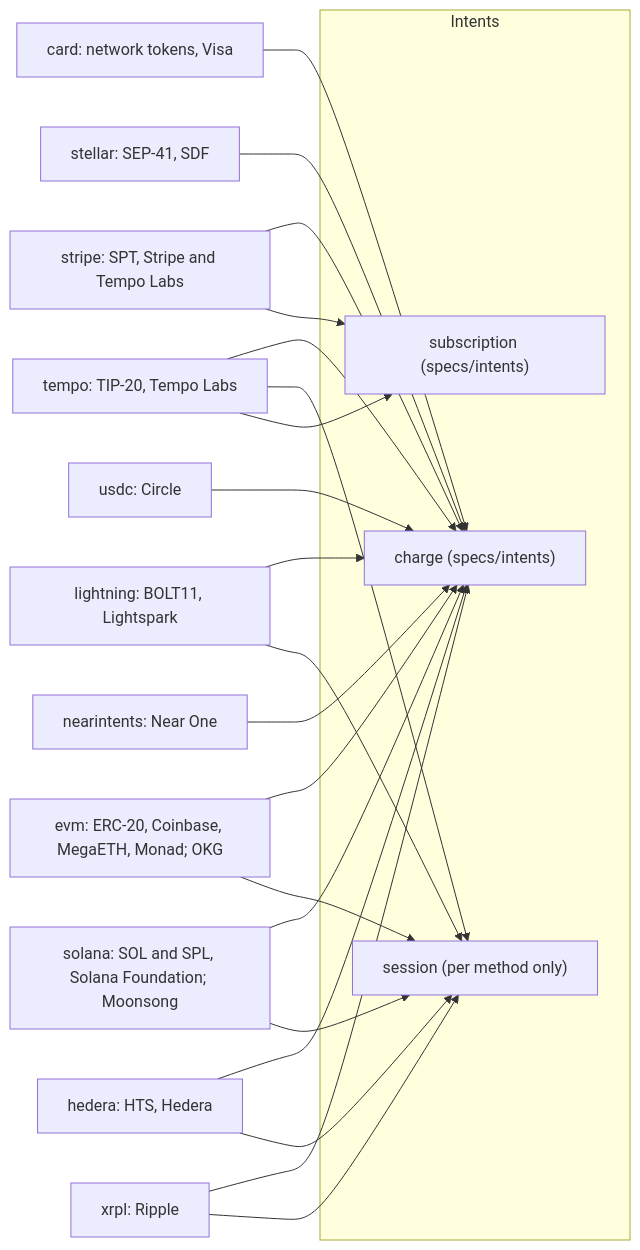
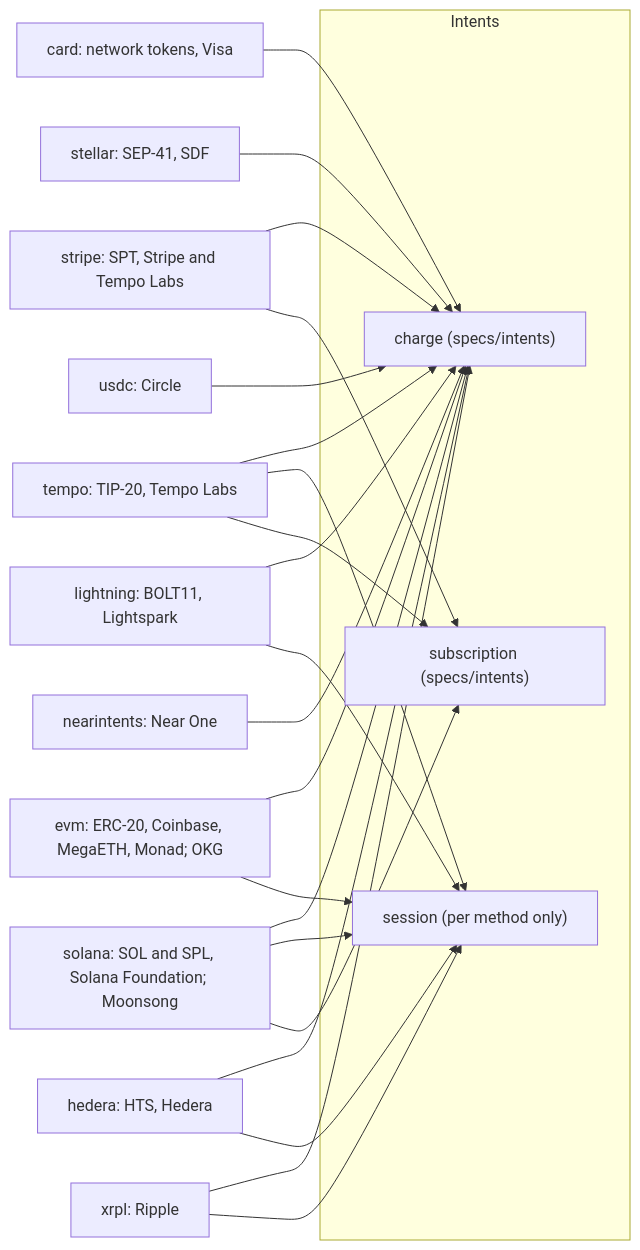
The diagram in src/content/diagrams/stripe-mpp-methods-map.mmd (mercesAI/agentic-rails-atlas), drawn with Mermaid before and after one commit. The commit also changed 314 other files, not shown here.

```diff
--- a/src/content/diagrams/stripe-mpp-methods-map.mmd
+++ b/src/content/diagrams/stripe-mpp-methods-map.mmd
@@ -1,36 +1,37 @@
 flowchart LR
   subgraph IN["Intents"]
     CH["charge (specs/intents)"]
     SU["subscription (specs/intents)"]
     SE["session (per method only)"]
   end
   TE["tempo: TIP-20, Tempo Labs"]
   STR["stripe: SPT, Stripe and Tempo Labs"]
   CA["card: network tokens, Visa"]
   LI["lightning: BOLT11, Lightspark"]
   EV["evm: ERC-20, Coinbase, MegaETH, Monad; OKG"]
   SO["solana: SOL and SPL, Solana Foundation; Moonsong"]
   STE["stellar: SEP-41, SDF"]
   HE["hedera: HTS, Hedera"]
   US["usdc: Circle"]
   NE["nearintents: Near One"]
   XR["xrpl: Ripple"]
   TE --> CH
   TE --> SE
   TE --> SU
   STR --> CH
   STR --> SU
   CA --> CH
   LI --> CH
   LI --> SE
   EV --> CH
   EV --> SE
   SO --> CH
   SO --> SE
+  SO --> SU
   STE --> CH
   HE --> CH
   HE --> SE
   US --> CH
   NE --> CH
   XR --> CH
   XR --> SE
```
